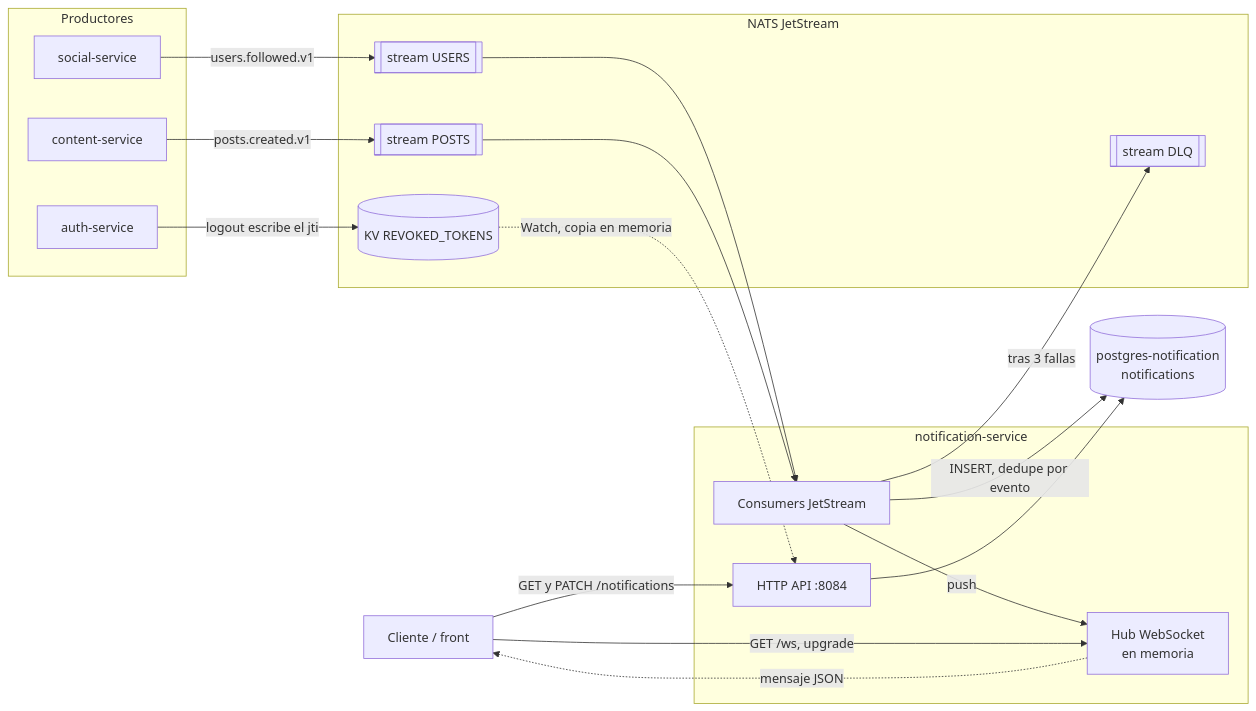
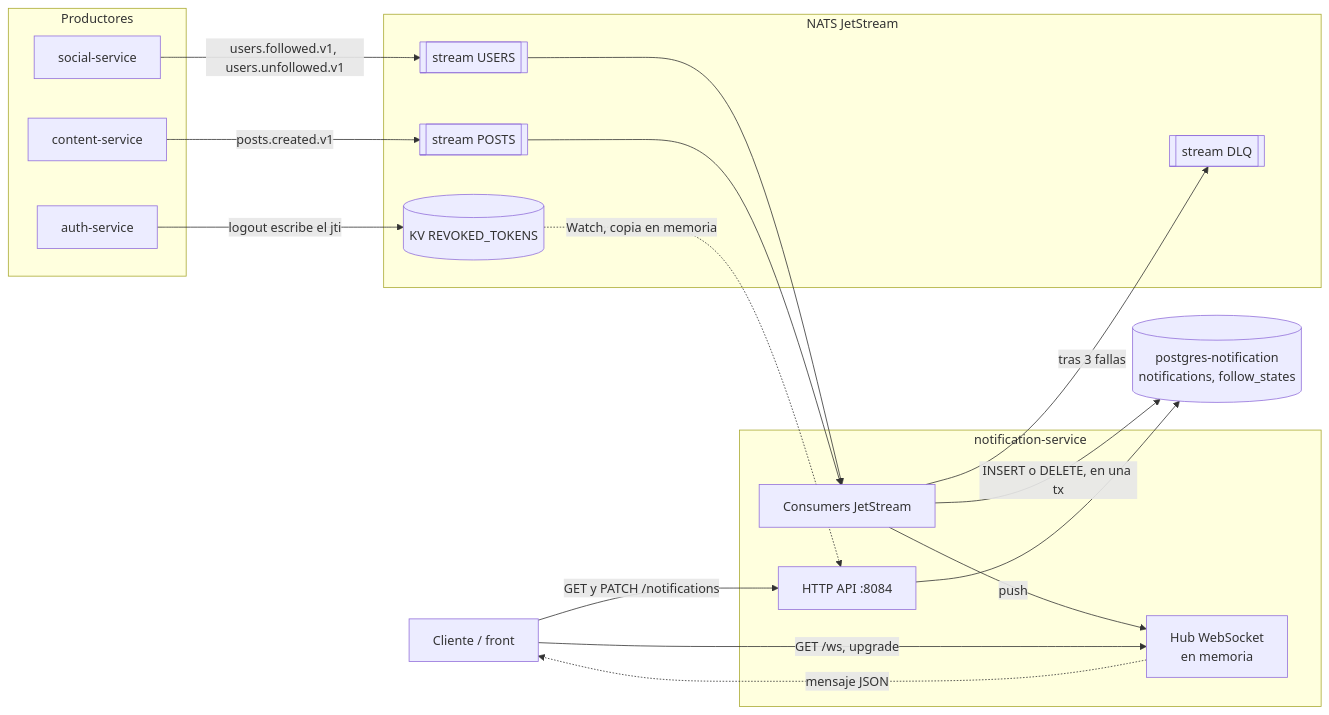
The first of 3 diagrams in docs/technical/NOTIFICATION.md (juantevez/go-feed), drawn with Mermaid before and after one commit. The commit also changed other lines of this file and 2 other files, not shown here.

First line of the commit message:
docs: update NOTIFICATION and AUTH for notification-service fixes

````diff
--- a/docs/technical/NOTIFICATION.md
+++ b/docs/technical/NOTIFICATION.md
@@ -20,39 +20,39 @@
 ```mermaid
 flowchart LR
     C["Cliente / front"]
 
     subgraph PRODUCERS [Productores]
         SS["social-service"]
         CS["content-service"]
         A["auth-service"]
     end
 
     subgraph NATS [NATS JetStream]
         USERS[["stream USERS"]]
         POSTS[["stream POSTS"]]
         DLQ[["stream DLQ"]]
         KV[("KV REVOKED_TOKENS")]
     end
 
     subgraph NS [notification-service]
         K["Consumers JetStream"]
         H["HTTP API :8084"]
         HUB["Hub WebSocket<br/>en memoria"]
     end
 
-    PG[("postgres-notification<br/>notifications")]
+    PG[("postgres-notification<br/>notifications, follow_states")]
 
-    SS -->|users.followed.v1| USERS
+    SS -->|users.followed.v1, users.unfollowed.v1| USERS
     CS -->|posts.created.v1| POSTS
     A -->|logout escribe el jti| KV
     USERS --> K
     POSTS --> K
     K -->|tras 3 fallas| DLQ
-    K -->|INSERT, dedupe por evento| PG
+    K -->|INSERT o DELETE, en una tx| PG
     K -->|push| HUB
     HUB -.->|mensaje JSON| C
     C -->|GET y PATCH /notifications| H
     C -->|GET /ws, upgrade| HUB
     H --> PG
     KV -.->|Watch, copia en memoria| H
 ```
````
